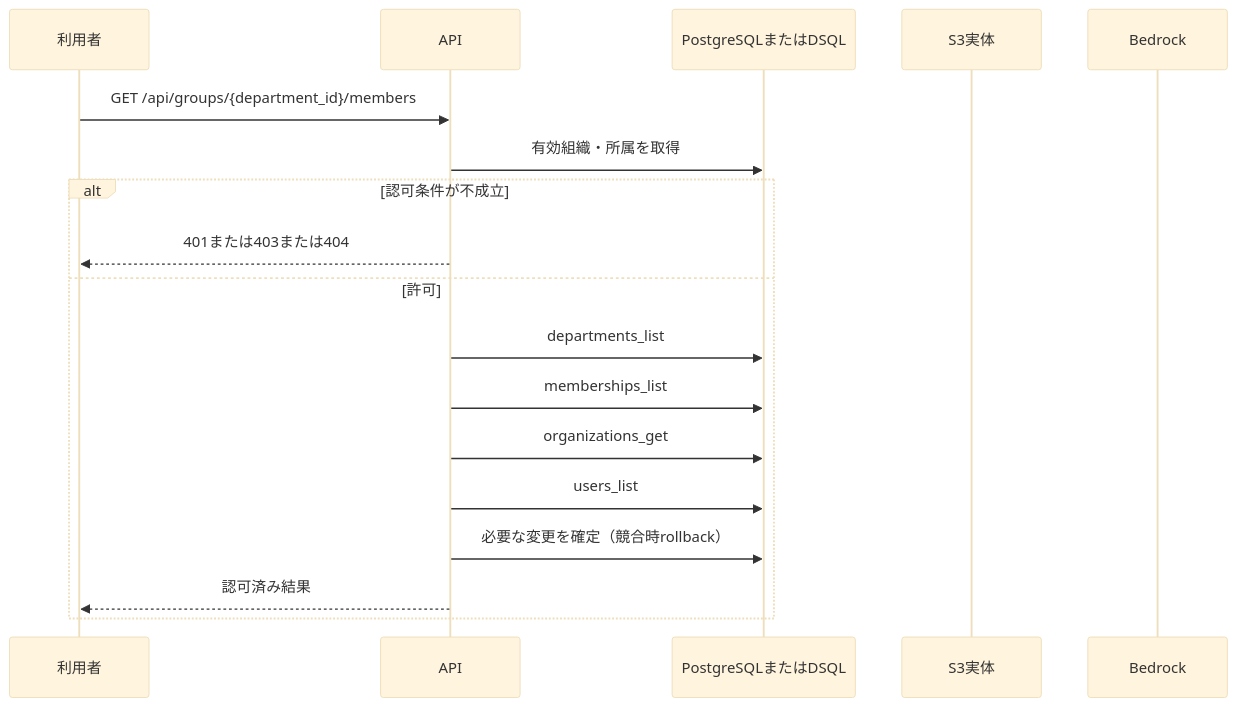
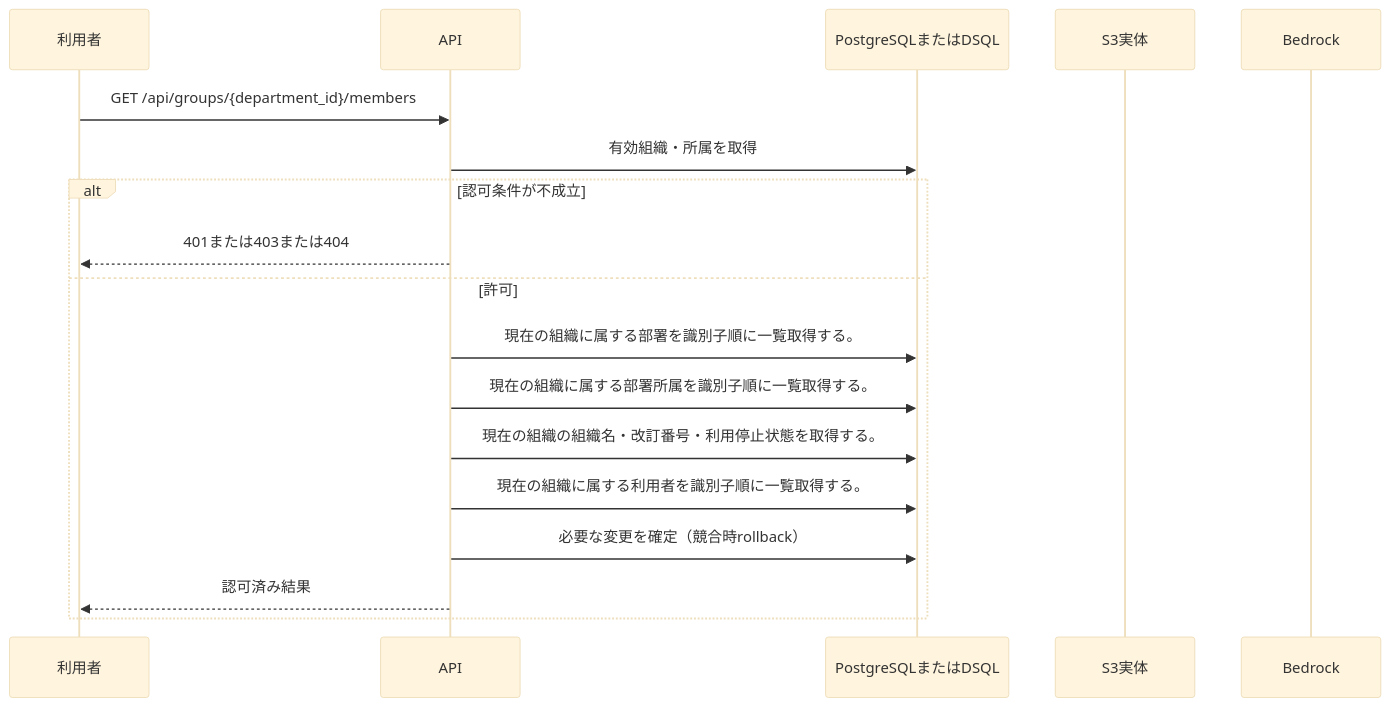
One commit to tsuji-tomonori/KotoRelay changed the diagram in docs/design/generated/api/groups/list_members/sequence.md. Above: the diagram before and after it, drawn with Mermaid (base theme). The commit also changed other lines of this file and 286 other files, not shown here.

````diff
--- a/docs/design/generated/api/groups/list_members/sequence.md
+++ b/docs/design/generated/api/groups/list_members/sequence.md
@@ -7,20 +7,20 @@
 ```mermaid
 sequenceDiagram
     participant U as 利用者
     participant A as API
     participant D as PostgreSQLまたはDSQL
     participant S as S3実体
     participant M as Bedrock
     U->>A: GET /api/groups/{department_id}/members
     A->>D: 有効組織・所属を取得
     alt 認可条件が不成立
         A-->>U: 401または403または404
     else 許可
-        A->>D: departments_list
-        A->>D: memberships_list
-        A->>D: organizations_get
-        A->>D: users_list
+        A->>D: 現在の組織に属する部署を識別子順に一覧取得する。
+        A->>D: 現在の組織に属する部署所属を識別子順に一覧取得する。
+        A->>D: 現在の組織の組織名・改訂番号・利用停止状態を取得する。
+        A->>D: 現在の組織に属する利用者を識別子順に一覧取得する。
         A->>D: 必要な変更を確定（競合時rollback）
         A-->>U: 認可済み結果
     end
 ```
````
